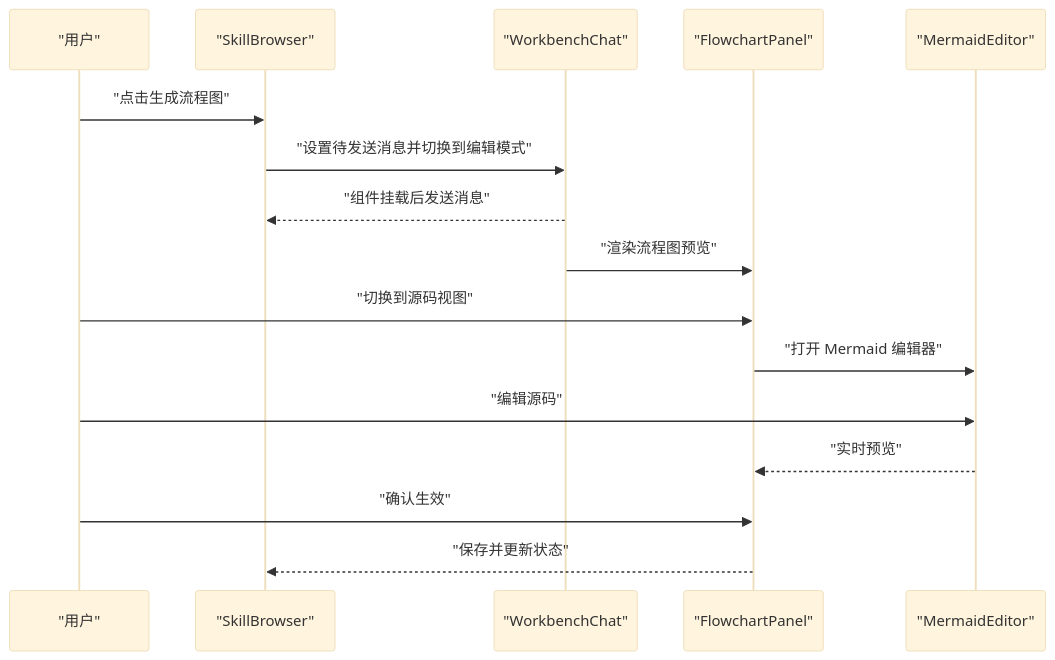
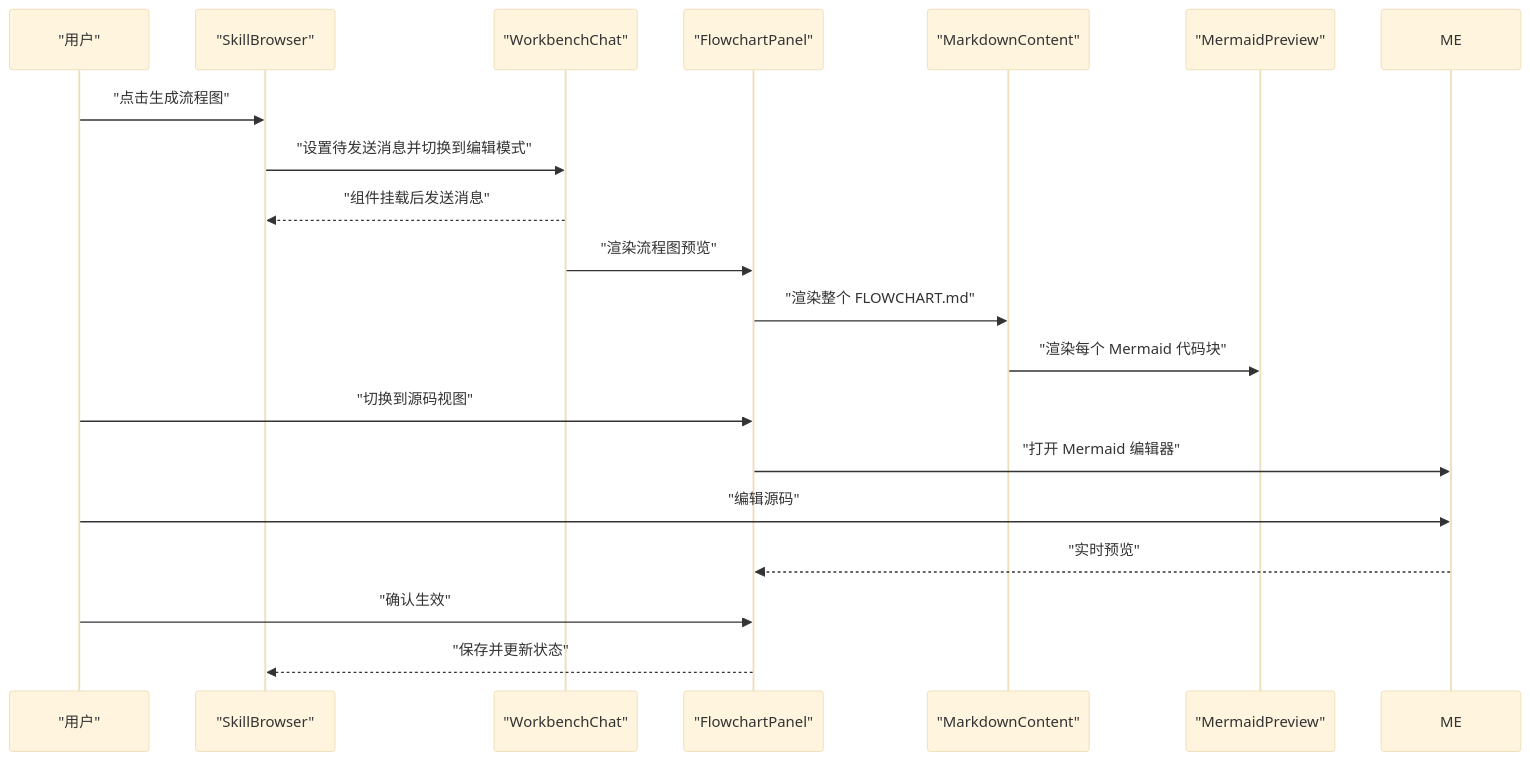
The fifth of 9 diagrams in .qoder/repowiki/zh/content/控制台管理界面/技能管理.md (WW-AI-Lab/openclaw-office), drawn with Mermaid (base theme) before and after one commit. The commit also changed other lines of this file and 36 other files, not shown here.

````diff
--- a/.qoder/repowiki/zh/content/控制台管理界面/技能管理.md
+++ b/.qoder/repowiki/zh/content/控制台管理界面/技能管理.md
@@ -319,18 +363,21 @@
 ```mermaid
 sequenceDiagram
 participant U as "用户"
 participant SB as "SkillBrowser"
 participant WC as "WorkbenchChat"
 participant FP as "FlowchartPanel"
-participant ME as "MermaidEditor"
+participant MC as "MarkdownContent"
+participant MP as "MermaidPreview"
 U->>SB : "点击生成流程图"
 SB->>WC : "设置待发送消息并切换到编辑模式"
 WC-->>SB : "组件挂载后发送消息"
 WC->>FP : "渲染流程图预览"
+FP->>MC : "渲染整个 FLOWCHART.md"
+MC->>MP : "渲染每个 Mermaid 代码块"
 U->>FP : "切换到源码视图"
 FP->>ME : "打开 Mermaid 编辑器"
 U->>ME : "编辑源码"
 ME-->>FP : "实时预览"
 U->>FP : "确认生效"
 FP-->>SB : "保存并更新状态"
 ```
````
